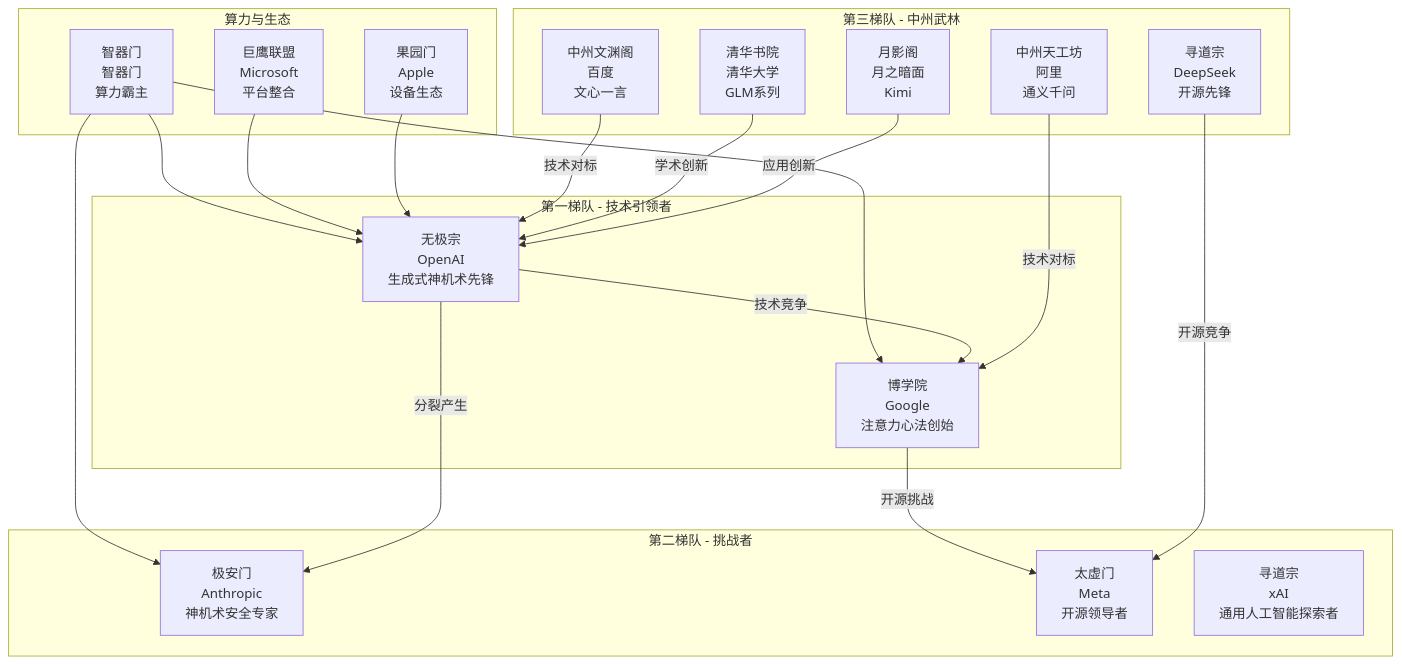
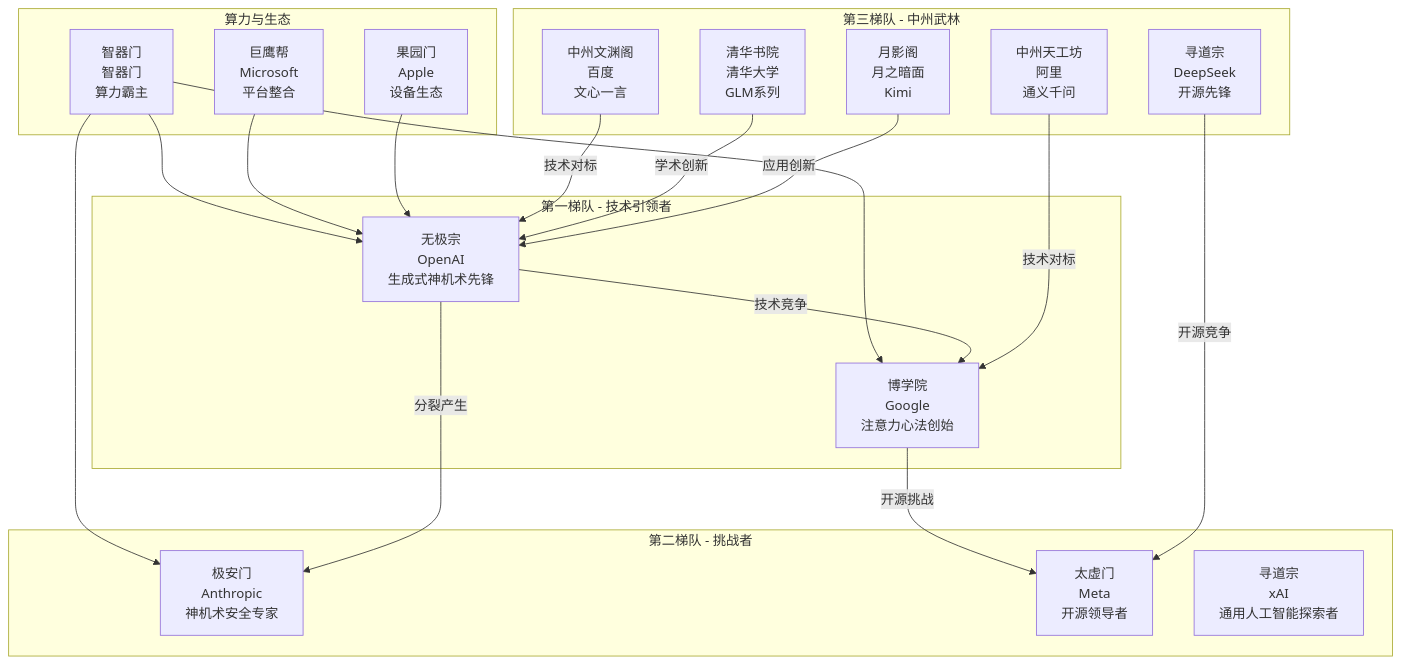
The diagram in drafts/世界观设定/势力格局.md (BinaryRisker/llm_wuxia), drawn with Mermaid before and after one commit. The commit also changed other lines of this file and 48 other files, not shown here.

````diff
--- a/drafts/世界观设定/势力格局.md
+++ b/drafts/世界观设定/势力格局.md
@@ -19,43 +19,43 @@
 ```mermaid
 graph TD
     subgraph "第一梯队 - 技术引领者"
         A[无极宗<br/>OpenAI<br/>生成式神机术先锋]
         B[博学院<br/>Google<br/>注意力心法创始]
     end
     
     subgraph "第二梯队 - 挑战者"
         C[极安门<br/>Anthropic<br/>神机术安全专家]
         D[太虚门<br/>Meta<br/>开源领导者]
         E[寻道宗<br/>xAI<br/>通用人工智能探索者]
     end
     
     subgraph "第三梯队 - 中州武林"
         F[中州文渊阁<br/>百度<br/>文心一言]
         G[中州天工坊<br/>阿里<br/>通义千问]
         H[清华书院<br/>清华大学<br/>GLM系列]
         I[月影阁<br/>月之暗面<br/>Kimi]
         J[寻道宗<br/>DeepSeek<br/>开源先锋]
     end
     
     subgraph "算力与生态"
         K[智器门<br/>智器门<br/>算力霸主]
         L[果园门<br/>Apple<br/>设备生态]
-        M[巨鹰联盟<br/>Microsoft<br/>平台整合]
+        M[巨鹰帮<br/>Microsoft<br/>平台整合]
     end
     
     K --> A
     K --> B
     K --> C
     M --> A
     L --> A
     
     A --> |技术竞争| B
     A --> |分裂产生| C
     B --> |开源挑战| D
     
     F --> |技术对标| A
     G --> |技术对标| B
     H --> |学术创新| A
     I --> |应用创新| A
     J --> |开源竞争| D
 ```
````
